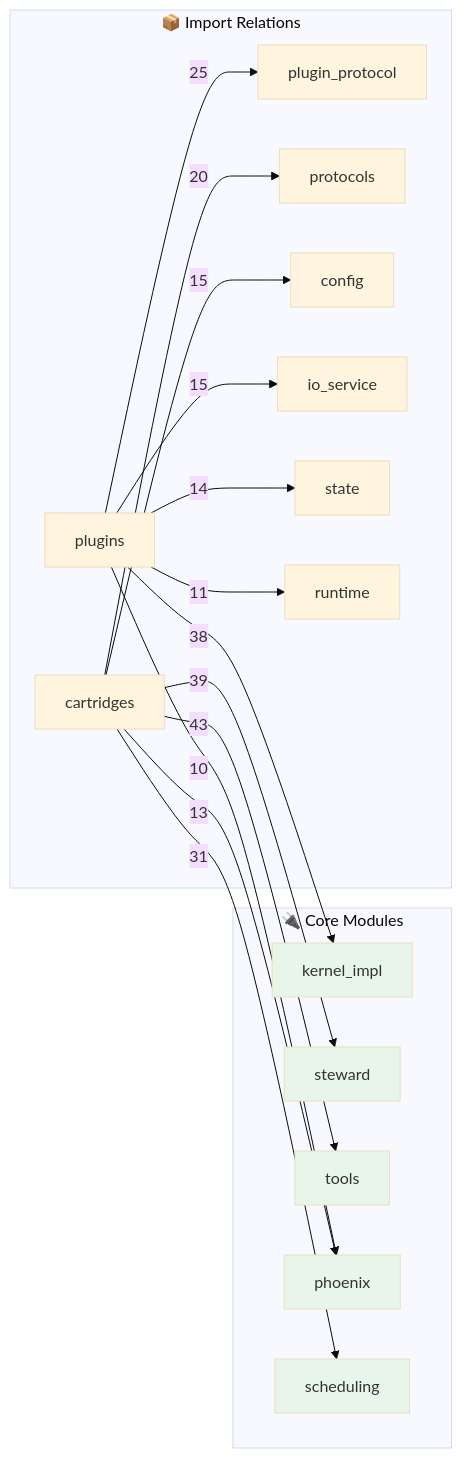
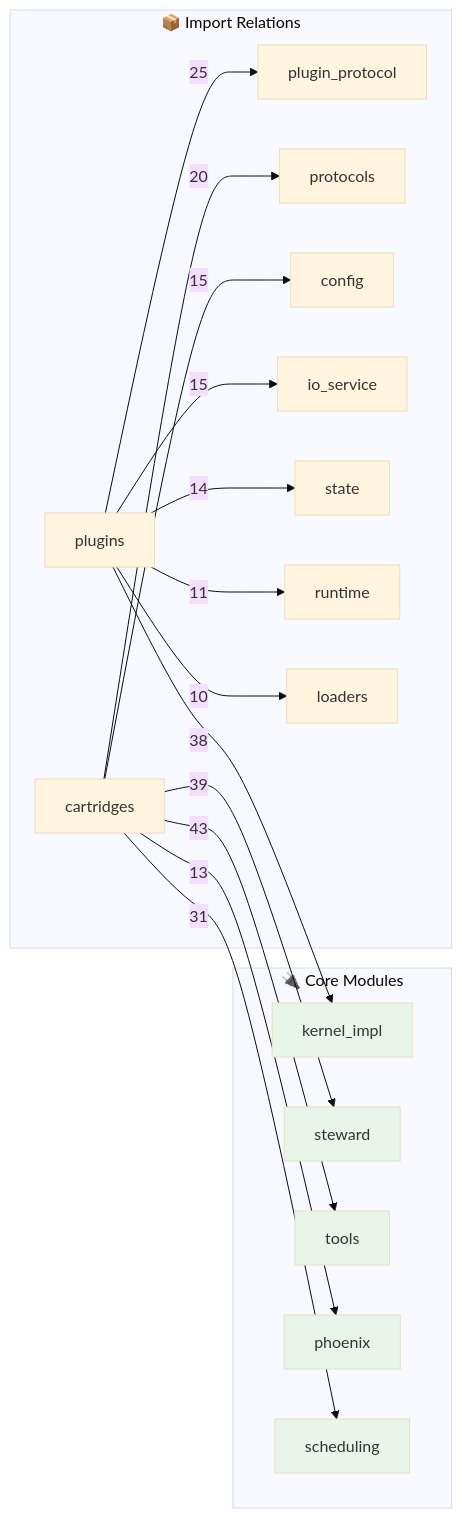
The second of 2 diagrams in OPUS.md (kimeisele/steward-protocol), drawn with Mermaid (base theme) before and after one commit. The commit also changed other lines of this file and 14 other files, not shown here.

````diff
--- a/OPUS.md
+++ b/OPUS.md
@@ -511,31 +519,31 @@
 ```mermaid
 flowchart LR
     subgraph Core["🔌 Core Modules"]
         kernel_impl[kernel_impl]
         steward[steward]
         tools[tools]
         phoenix[phoenix]
         scheduling[scheduling]
     end
 
     subgraph Edges["📦 Import Relations"]
         cartridges -->|43| tools
         cartridges -->|39| steward
         plugins -->|38| kernel_impl
         cartridges -->|31| scheduling
         plugins -->|25| plugin_protocol
         cartridges -->|20| protocols
         cartridges -->|15| config
         plugins -->|15| io_service
         plugins -->|14| state
         cartridges -->|13| phoenix
         plugins -->|11| runtime
-        plugins -->|10| phoenix
+        plugins -->|10| loaders
     end
 
     style kernel_impl fill:#e8f5e9
     style steward fill:#e8f5e9
     style tools fill:#e8f5e9
     style phoenix fill:#e8f5e9
     style scheduling fill:#e8f5e9
 ```
````
